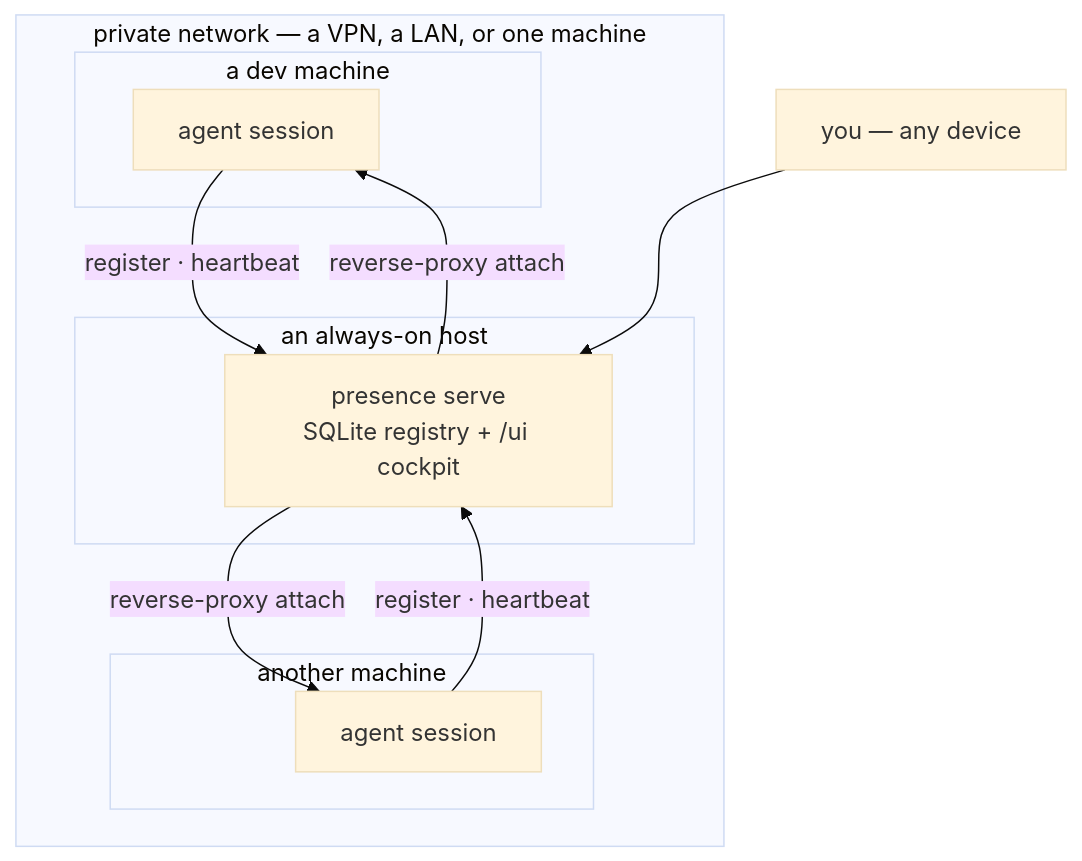
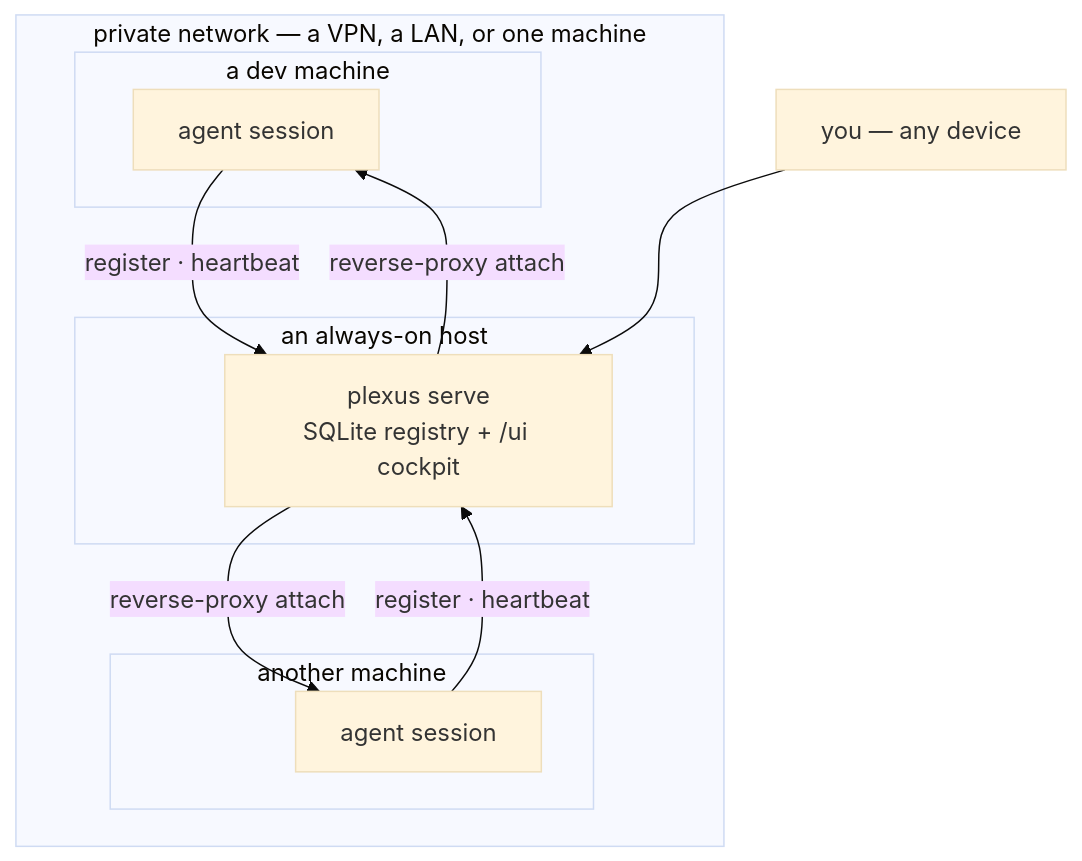
The first of 2 diagrams in docs/architecture.md (jjuanrivvera/presence), drawn with Mermaid (base theme) before and after one commit. The commit also changed other lines of this file and 40 other files, not shown here.

First line of the commit message:
Rename presence → plexus (binary, repo, module, config)

````diff
--- a/docs/architecture.md
+++ b/docs/architecture.md
@@ -8,19 +8,19 @@
 ```mermaid
 flowchart TB
   subgraph net["private network — a VPN, a LAN, or one machine"]
     subgraph m1["a dev machine"]
       A1["agent session"]
     end
     subgraph m2["another machine"]
       A2["agent session"]
     end
     subgraph host["an always-on host"]
-      SRV["presence serve<br/>SQLite registry + /ui cockpit"]
+      SRV["plexus serve<br/>SQLite registry + /ui cockpit"]
     end
   end
   A1 -->|register · heartbeat| SRV
   A2 -->|register · heartbeat| SRV
   SRV -->|reverse-proxy attach| A1
   SRV -->|reverse-proxy attach| A2
   You["you — any device"] --> SRV
 ```
````
